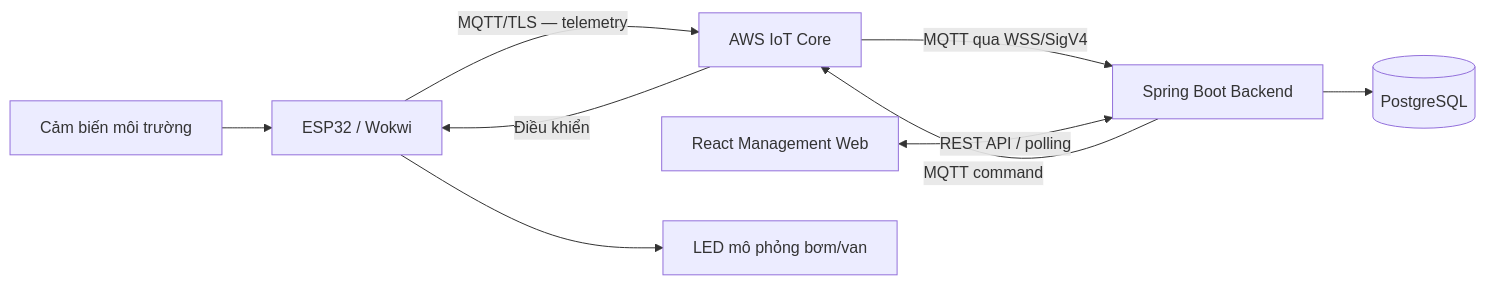
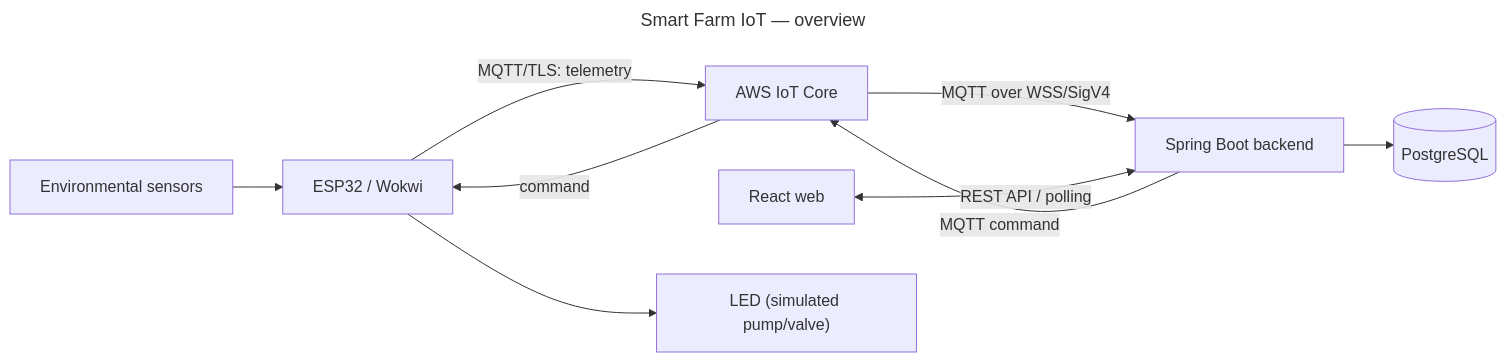
Before and after one commit to NiDa30/Interview: the diagram in book/chapters/chapter-12/12-01-project-overview.md, drawn with Mermaid. The commit also changed other lines of this file and 4 other files, not shown here.

````diff
--- a/book/chapters/chapter-12/12-01-project-overview.md
+++ b/book/chapters/chapter-12/12-01-project-overview.md
@@ -40,11 +70,14 @@
 ```mermaid
+---
+title: Smart Farm IoT — overview
+---
 flowchart LR
-    Sensor["Cảm biến môi trường"] --> ESP["ESP32 / Wokwi"]
-    ESP -->|"MQTT/TLS — telemetry"| AWS["AWS IoT Core"]
-    AWS -->|"MQTT qua WSS/SigV4"| BE["Spring Boot Backend"]
+    Sensor["Environmental sensors"] --> ESP["ESP32 / Wokwi"]
+    ESP -->|"MQTT/TLS: telemetry"| AWS["AWS IoT Core"]
+    AWS -->|"MQTT over WSS/SigV4"| BE["Spring Boot backend"]
     BE --> DB[("PostgreSQL")]
-    UI["React Management Web"] <-->|"REST API / polling"| BE
+    UI["React web"] <-->|"REST API / polling"| BE
     BE -->|"MQTT command"| AWS
-    AWS -->|"Điều khiển"| ESP
-    ESP --> ACT["LED mô phỏng bơm/van"]
+    AWS -->|"command"| ESP
+    ESP --> ACT["LED (simulated pump/valve)"]
 ```
````
